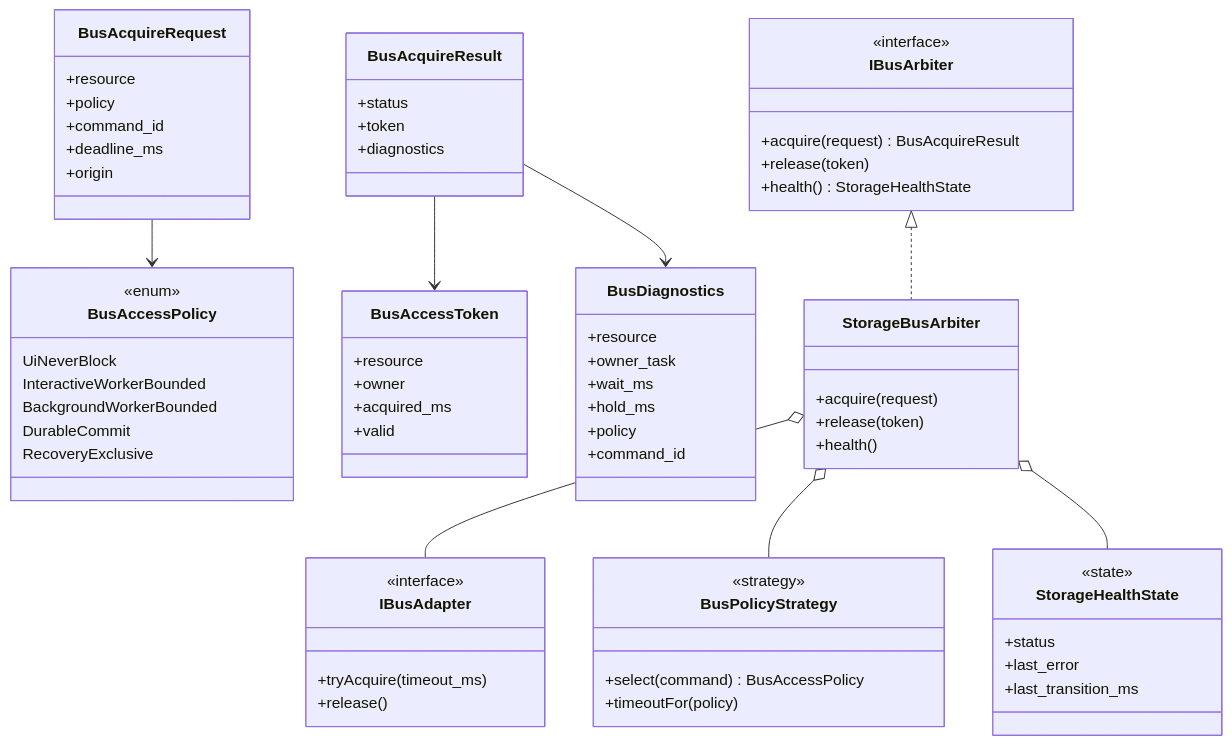
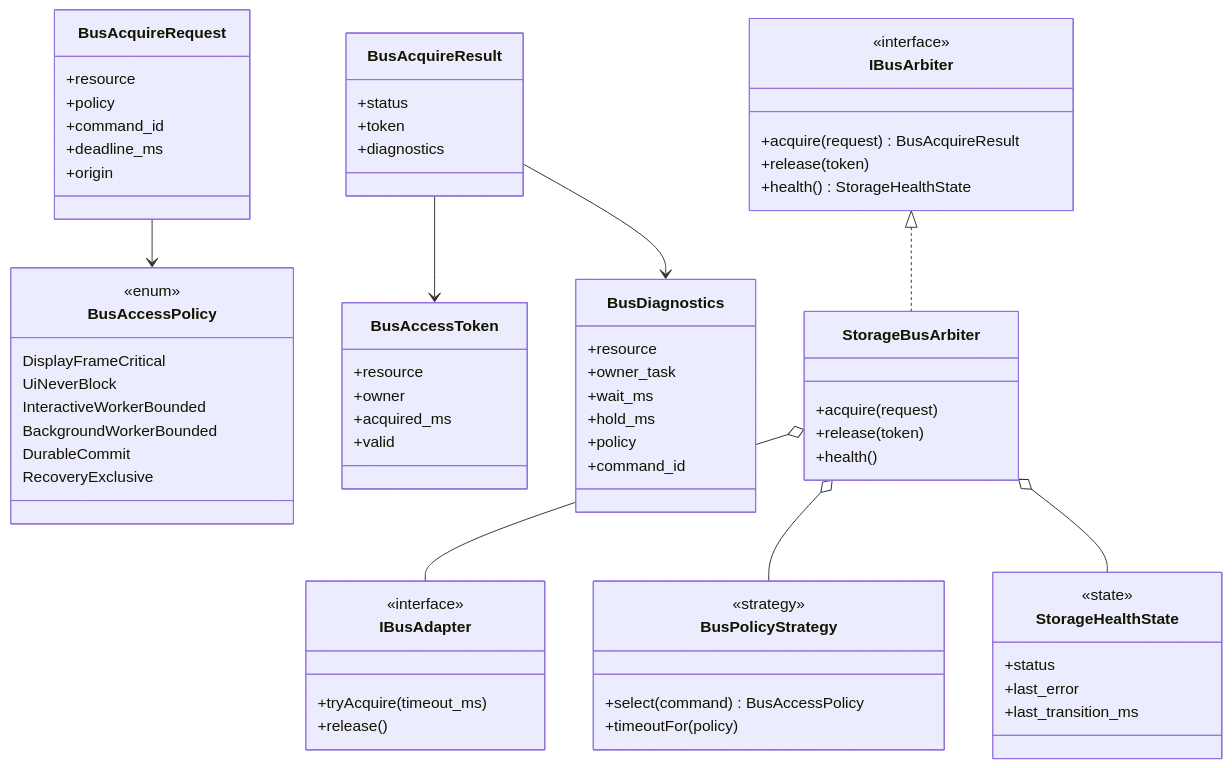
Before and after one commit to DinaTzi/trail-mate: the sixth of 24 diagrams in docs/specification/UI_STORAGE_EVENT_RUNTIME_DESIGN_SPEC.md, drawn with Mermaid. The commit also changed other lines of this file and 9 other files, not shown here.

````diff
--- a/docs/specification/UI_STORAGE_EVENT_RUNTIME_DESIGN_SPEC.md
+++ b/docs/specification/UI_STORAGE_EVENT_RUNTIME_DESIGN_SPEC.md
@@ -564,81 +618,82 @@
 ```mermaid
 classDiagram
   class BusAccessPolicy {
     <<enum>>
+    DisplayFrameCritical
     UiNeverBlock
     InteractiveWorkerBounded
     BackgroundWorkerBounded
     DurableCommit
     RecoveryExclusive
   }
 
   class BusAcquireRequest {
     +resource
     +policy
     +command_id
     +deadline_ms
     +origin
   }
 
   class BusAccessToken {
     +resource
     +owner
     +acquired_ms
     +valid
   }
 
   class BusAcquireResult {
     +status
     +token
     +diagnostics
   }
 
   class BusDiagnostics {
     +resource
     +owner_task
     +wait_ms
     +hold_ms
     +policy
     +command_id
   }
 
   class IBusArbiter {
     <<interface>>
     +acquire(request) BusAcquireResult
     +release(token)
     +health() StorageHealthState
   }
 
   class IBusAdapter {
     <<interface>>
     +tryAcquire(timeout_ms)
     +release()
   }
 
   class BusPolicyStrategy {
     <<strategy>>
     +select(command) BusAccessPolicy
     +timeoutFor(policy)
   }
 
   class StorageHealthState {
     <<state>>
     +status
     +last_error
     +last_transition_ms
   }
 
   class StorageBusArbiter {
     +acquire(request)
     +release(token)
     +health()
   }
 
   IBusArbiter <|.. StorageBusArbiter
   StorageBusArbiter o-- IBusAdapter
   StorageBusArbiter o-- BusPolicyStrategy
   StorageBusArbiter o-- StorageHealthState
   BusAcquireRequest --> BusAccessPolicy
   BusAcquireResult --> BusAccessToken
   BusAcquireResult --> BusDiagnostics
 ```
````
